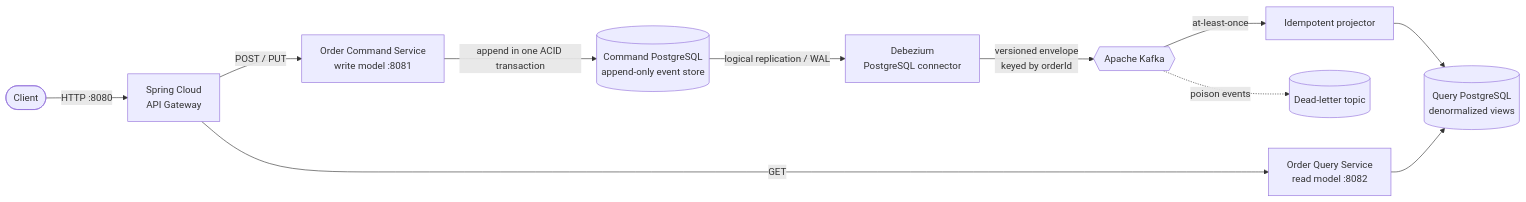
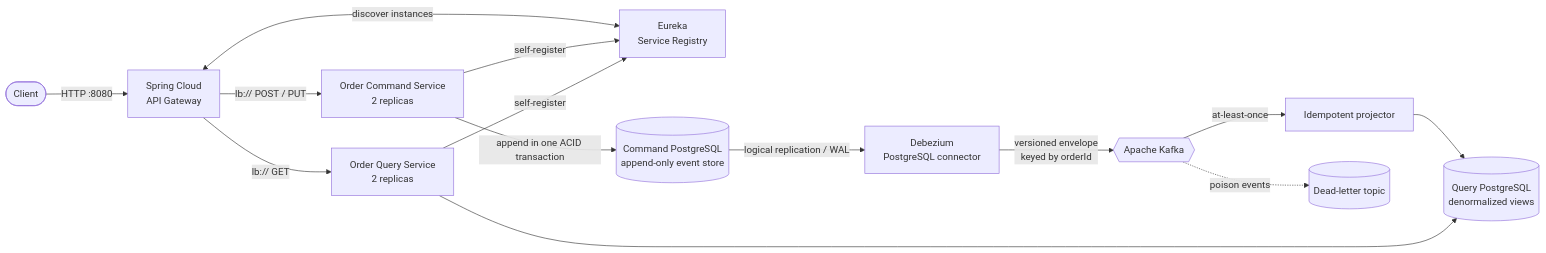
The diagram in README.md (karacsonybarni/event-sourced-cqrs-microservices), drawn with Mermaid before and after one commit. The commit also changed other lines of this file and 21 other files, not shown here.

````diff
--- a/README.md
+++ b/README.md
@@ -14,14 +14,18 @@
 ```mermaid
 flowchart LR
     Client([Client]) -->|HTTP :8080| Gateway[Spring Cloud<br/>API Gateway]
-    Gateway -->|POST / PUT| Command[Order Command Service<br/>write model :8081]
-    Gateway -->|GET| Query[Order Query Service<br/>read model :8082]
+    Registry[Eureka<br/>Service Registry]
+    Gateway <-->|discover instances| Registry
+    Command[Order Command Service<br/>2 replicas] -->|self-register| Registry
+    Query[Order Query Service<br/>2 replicas] -->|self-register| Registry
+    Gateway -->|lb:// POST / PUT| Command
+    Gateway -->|lb:// GET| Query
 
     Command -->|append in one ACID transaction| EventStore[(Command PostgreSQL<br/>append-only event store)]
     EventStore -->|logical replication / WAL| Debezium[Debezium<br/>PostgreSQL connector]
     Debezium -->|versioned envelope<br/>keyed by orderId| Kafka{{Apache Kafka}}
     Kafka -->|at-least-once| Projector[Idempotent projector]
     Projector --> QueryDB[(Query PostgreSQL<br/>denormalized views)]
     Query --> QueryDB
     Kafka -. poison events .-> DLT[(Dead-letter topic)]
 ```
````
